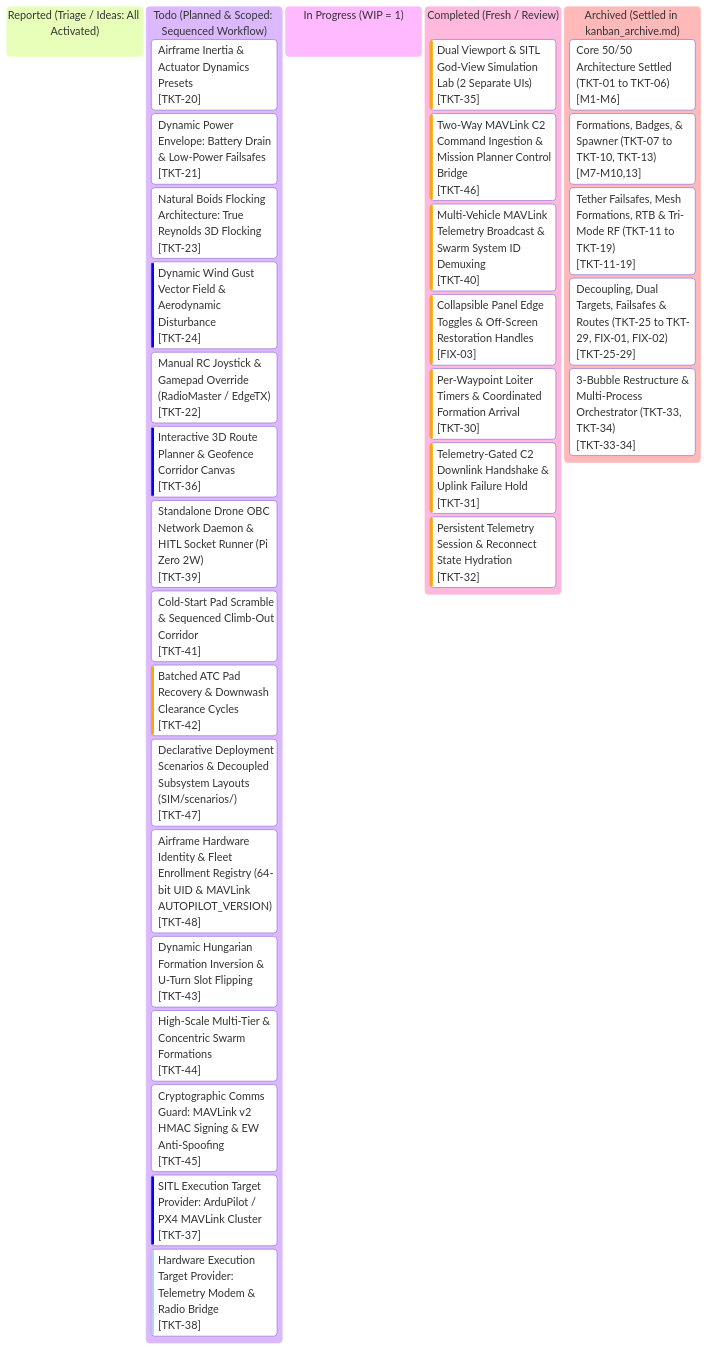
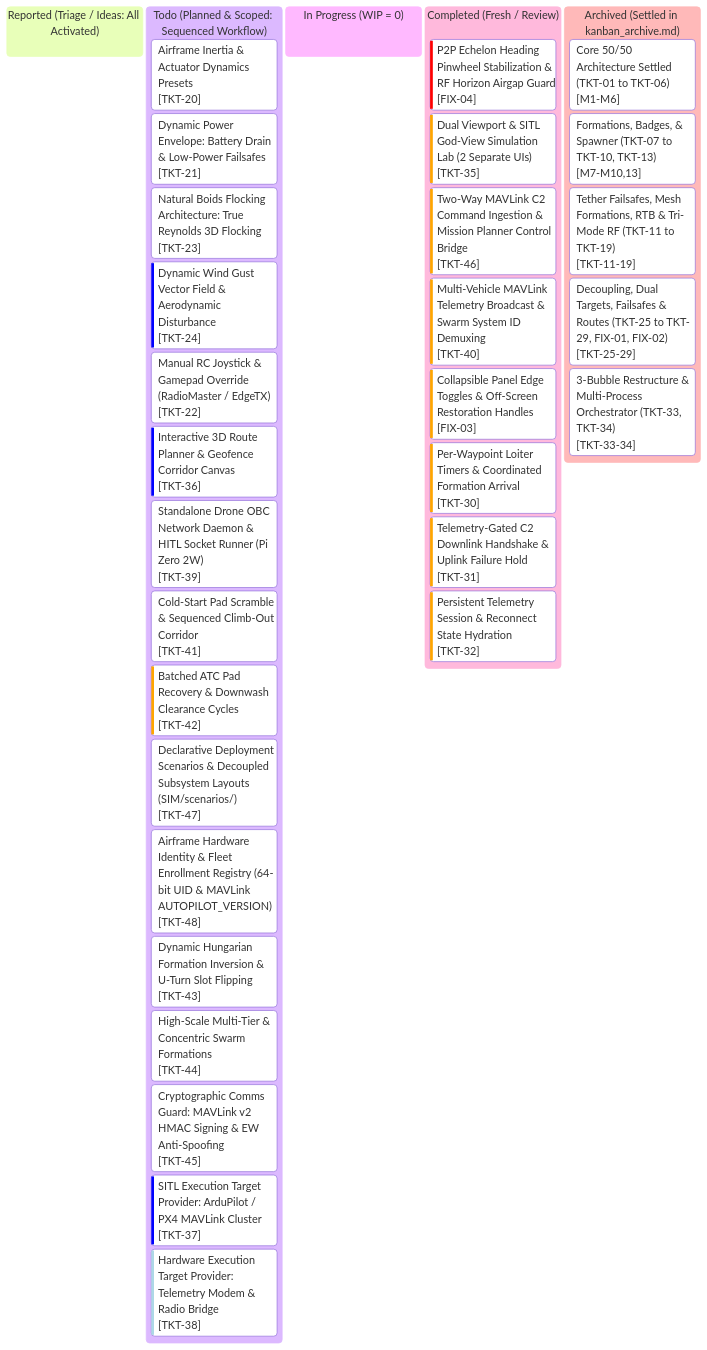
The diagram in kanban.md (AlitheiaDeus/SwarmTech_v3-Uprising), drawn with Mermaid before and after one commit. The commit also changed other lines of this file and 6 other files, not shown here.

Commit message:
fix(brains): p2p echelon pinwheel stabilization & 120m rf horizon airgap guard [FIX-04]

````diff
--- a/kanban.md
+++ b/kanban.md
@@ -10,56 +10,57 @@
 ```mermaid
 %%{init: {
   'theme': 'base',
   'themeVariables': {
     'primaryColor': '#0d2235',
     'primaryTextColor': '#d4f4ff',
     'primaryBorderColor': '#00f0ff',
     'lineColor': '#00f0ff',
     'background': '#061019',
     'mainBkg': '#0a1926',
     'secondaryColor': '#081420',
     'secondaryTextColor': '#5a7e96',
     'secondaryBorderColor': '#134e6f',
     'tertiaryColor': '#0e263d',
     'tertiaryTextColor': '#00ffaa',
     'tertiaryBorderColor': '#00ffaa',
     'clusterBkg': '#081420',
     'clusterBorder': '#134e6f',
     'fontFamily': "'JetBrains Mono', 'Courier New', monospace"
   }
 }}%%
 kanban
   reported["Reported (Triage / Ideas: All Activated)"]
   todo["Todo (Planned & Scoped: Sequenced Workflow)"]
     tkt20["Airframe Inertia & Actuator Dynamics Presets"]@{ ticket: '[TKT-20]', priority: 'Medium' }
     tkt21["Dynamic Power Envelope: Battery Drain & Low-Power Failsafes"]@{ ticket: '[TKT-21]', priority: 'Medium' }
     tkt23["Natural Boids Flocking Architecture: True Reynolds 3D Flocking"]@{ ticket: '[TKT-23]', priority: 'Medium' }
     tkt24["Dynamic Wind Gust Vector Field & Aerodynamic Disturbance"]@{ ticket: '[TKT-24]', priority: 'Low' }
     tkt22["Manual RC Joystick & Gamepad Override (RadioMaster / EdgeTX)"]@{ ticket: '[TKT-22]', priority: 'Medium' }
     tkt36["Interactive 3D Route Planner & Geofence Corridor Canvas"]@{ ticket: '[TKT-36]', priority: 'Low' }
     tkt39["Standalone Drone OBC Network Daemon & HITL Socket Runner (Pi Zero 2W)"]@{ ticket: '[TKT-39]', priority: 'Medium' }
     tkt41["Cold-Start Pad Scramble & Sequenced Climb-Out Corridor"]@{ ticket: '[TKT-41]', priority: 'Medium' }
     tkt42["Batched ATC Pad Recovery & Downwash Clearance Cycles"]@{ ticket: '[TKT-42]', priority: 'High' }
     tkt47["Declarative Deployment Scenarios & Decoupled Subsystem Layouts (SIM/scenarios/)"]@{ ticket: '[TKT-47]', priority: 'Medium' }
     tkt48["Airframe Hardware Identity & Fleet Enrollment Registry (64-bit UID & MAVLink AUTOPILOT_VERSION)"]@{ ticket: '[TKT-48]', priority: 'Medium' }
     tkt43["Dynamic Hungarian Formation Inversion & U-Turn Slot Flipping"]@{ ticket: '[TKT-43]', priority: 'Medium' }
     tkt44["High-Scale Multi-Tier & Concentric Swarm Formations"]@{ ticket: '[TKT-44]', priority: 'Medium' }
     tkt45["Cryptographic Comms Guard: MAVLink v2 HMAC Signing & EW Anti-Spoofing"]@{ ticket: '[TKT-45]', priority: 'Medium' }
     tkt37["SITL Execution Target Provider: ArduPilot / PX4 MAVLink Cluster"]@{ ticket: '[TKT-37]', priority: 'Low' }
     tkt38["Hardware Execution Target Provider: Telemetry Modem & Radio Bridge"]@{ ticket: '[TKT-38]', priority: 'Very Low' }
-  in_progress["In Progress (WIP = 1)"]
+  in_progress["In Progress (WIP = 0)"]
   completed["Completed (Fresh / Review)"]
+    fix04["P2P Echelon Heading Pinwheel Stabilization & RF Horizon Airgap Guard"]@{ ticket: '[FIX-04]', priority: 'Very High' }
     tkt35["Dual Viewport & SITL God-View Simulation Lab (2 Separate UIs)"]@{ ticket: '[TKT-35]', priority: 'High' }
     tkt46["Two-Way MAVLink C2 Command Ingestion & Mission Planner Control Bridge"]@{ ticket: '[TKT-46]', priority: 'High' }
     tkt40["Multi-Vehicle MAVLink Telemetry Broadcast & Swarm System ID Demuxing"]@{ ticket: '[TKT-40]', priority: 'High' }
     fix03["Collapsible Panel Edge Toggles & Off-Screen Restoration Handles"]@{ ticket: '[FIX-03]', priority: 'High' }
     tkt30["Per-Waypoint Loiter Timers & Coordinated Formation Arrival"]@{ ticket: '[TKT-30]', priority: 'High' }
     tkt31["Telemetry-Gated C2 Downlink Handshake & Uplink Failure Hold"]@{ ticket: '[TKT-31]', priority: 'High' }
     tkt32["Persistent Telemetry Session & Reconnect State Hydration"]@{ ticket: '[TKT-32]', priority: 'High' }
   archived["Archived (Settled in kanban_archive.md)"]
     arch_m1_6["Core 50/50 Architecture Settled (TKT-01 to TKT-06)"]@{ ticket: '[M1-M6]' }
     arch_m7_10_13["Formations, Badges, & Spawner (TKT-07 to TKT-10, TKT-13)"]@{ ticket: '[M7-M10,13]' }
     arch_m11_19["Tether Failsafes, Mesh Formations, RTB & Tri-Mode RF (TKT-11 to TKT-19)"]@{ ticket: '[TKT-11-19]' }
     arch_m25_29["Decoupling, Dual Targets, Failsafes & Routes (TKT-25 to TKT-29, FIX-01, FIX-02)"]@{ ticket: '[TKT-25-29]' }
     arch_m33_34["3-Bubble Restructure & Multi-Process Orchestrator (TKT-33, TKT-34)"]@{ ticket: '[TKT-33-34]' }
 ```
````
